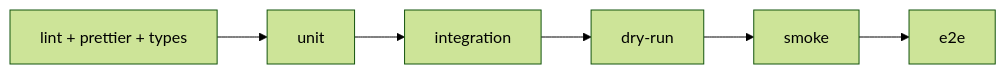
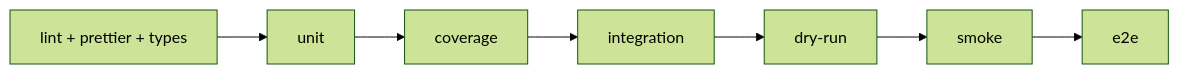
One commit to budwol/aboutme.app changed the diagram in README.md. Above: the diagram before and after it, drawn with Mermaid (forest theme). The commit also changed other lines of this file and 7 other files, not shown here.

````diff
--- a/README.md
+++ b/README.md
@@ -340,8 +342,9 @@
 ```mermaid
 flowchart LR
   A["lint + prettier + types"] --> B["unit"]
-  B --> C["integration"]
-  C --> D["dry-run"]
-  D --> E["smoke"]
-  E --> F["e2e"]
+  B --> C["coverage"]
+  C --> D["integration"]
+  D --> E["dry-run"]
+  E --> F["smoke"]
+  F --> G["e2e"]
 ```
````
